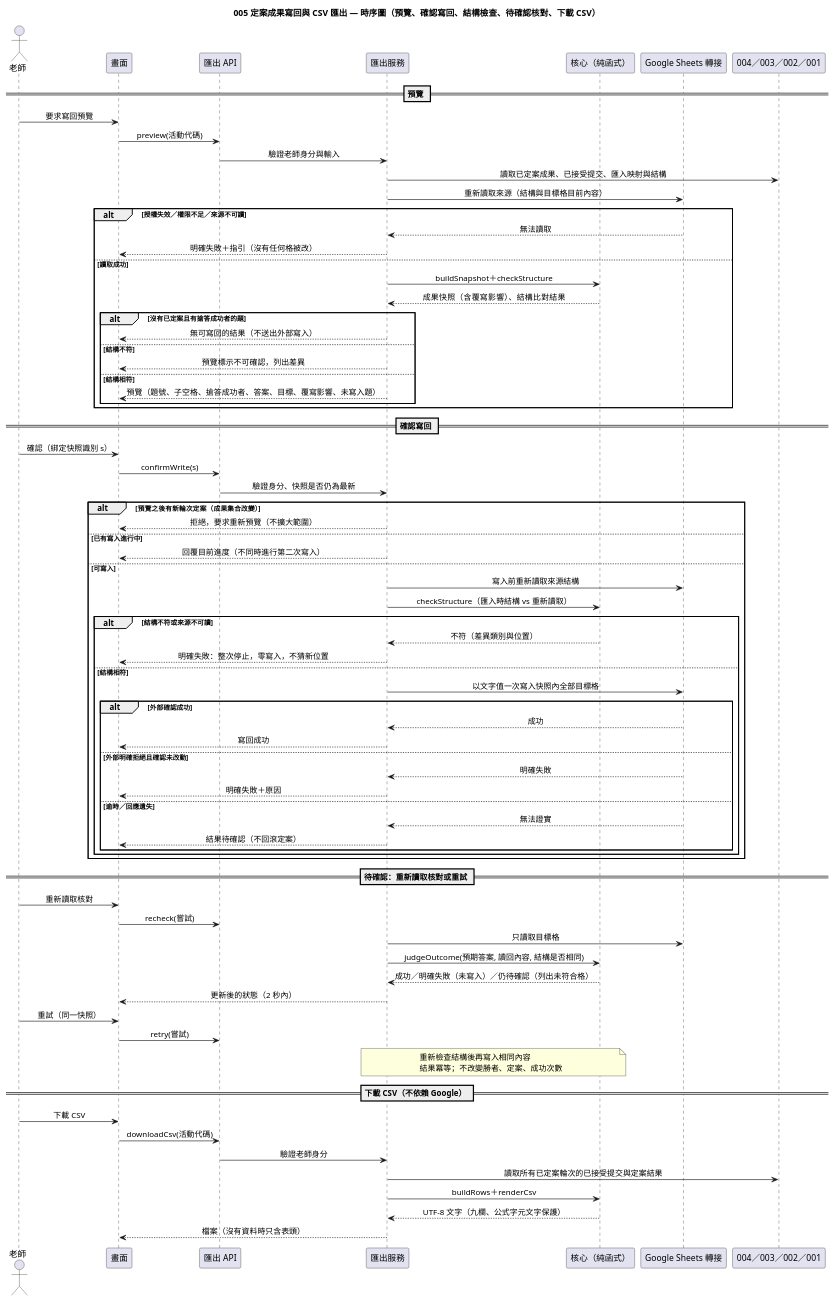
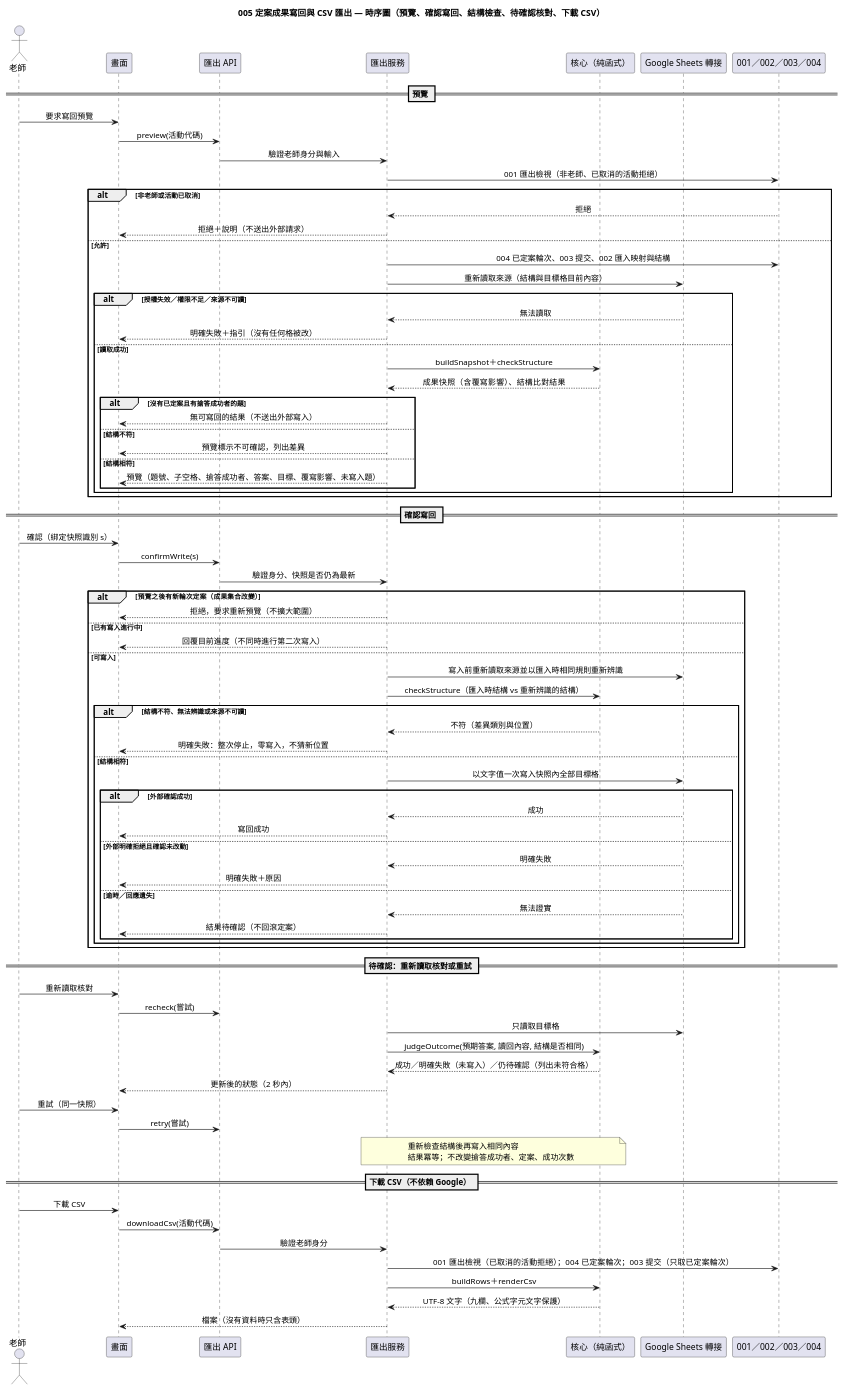
Before and after one commit to EricC430/lecture-answer-first_group16_speckit: the diagram in diagrams/005-result-export-sequence.puml, drawn with PlantUML. The commit also changed 7 other files, not shown here.

First line of the commit message:
docs: 005 spec、圖表與檢查表依 001～004 實作重寫 (#9)

```diff
--- a/diagrams/005-result-export-sequence.puml
+++ b/diagrams/005-result-export-sequence.puml
@@ -1,83 +1,89 @@
 @startuml 005-result-export-sequence
 skinparam defaultFontName "Microsoft JhengHei"
 skinparam sequenceMessageAlign center
 title 005 定案成果寫回與 CSV 匯出 — 時序圖（預覽、確認寫回、結構檢查、待確認核對、下載 CSV）
 
 actor "老師" as T
 participant "畫面" as UI
 participant "匯出 API" as API
 participant "匯出服務" as S
 participant "核心（純函式）" as C
 participant "Google Sheets 轉接" as G
-participant "004／003／002／001" as D
+participant "001／002／003／004" as D
 
 == 預覽 ==
 T -> UI : 要求寫回預覽
 UI -> API : preview(活動代碼)
 API -> S : 驗證老師身分與輸入
-S -> D : 讀取已定案成果、已接受提交、匯入映射與結構
-S -> G : 重新讀取來源（結構與目標格目前內容）
-alt 授權失效／權限不足／來源不可讀
-  G --> S : 無法讀取
-  S --> UI : 明確失敗＋指引（沒有任何格被改）
-else 讀取成功
-  S -> C : buildSnapshot＋checkStructure
-  C --> S : 成果快照（含覆寫影響）、結構比對結果
-  alt 沒有已定案且有搶答成功者的題
-    S --> UI : 無可寫回的結果（不送出外部寫入）
-  else 結構不符
-    S --> UI : 預覽標示不可確認，列出差異
-  else 結構相符
-    S --> UI : 預覽（題號、子空格、搶答成功者、答案、目標、覆寫影響、未寫入題）
+S -> D : 001 匯出檢視（非老師、已取消的活動拒絕）
+alt 非老師或活動已取消
+  D --> S : 拒絕
+  S --> UI : 拒絕＋說明（不送出外部請求）
+else 允許
+  S -> D : 004 已定案輪次、003 提交、002 匯入映射與結構
+  S -> G : 重新讀取來源（結構與目標格目前內容）
+  alt 授權失效／權限不足／來源不可讀
+    G --> S : 無法讀取
+    S --> UI : 明確失敗＋指引（沒有任何格被改）
+  else 讀取成功
+    S -> C : buildSnapshot＋checkStructure
+    C --> S : 成果快照（含覆寫影響）、結構比對結果
+    alt 沒有已定案且有搶答成功者的題
+      S --> UI : 無可寫回的結果（不送出外部寫入）
+    else 結構不符
+      S --> UI : 預覽標示不可確認，列出差異
+    else 結構相符
+      S --> UI : 預覽（題號、子空格、搶答成功者、答案、目標、覆寫影響、未寫入題）
+    end
   end
 end
 
 == 確認寫回 ==
 T -> UI : 確認（綁定快照識別 s）
 UI -> API : confirmWrite(s)
 API -> S : 驗證身分、快照是否仍為最新
 alt 預覽之後有新輪次定案（成果集合改變）
   S --> UI : 拒絕，要求重新預覽（不擴大範圍）
 else 已有寫入進行中
   S --> UI : 回覆目前進度（不同時進行第二次寫入）
 else 可寫入
-  S -> G : 寫入前重新讀取來源結構
-  S -> C : checkStructure（匯入時結構 vs 重新讀取）
-  alt 結構不符或來源不可讀
+  S -> G : 寫入前重新讀取來源並以匯入時相同規則重新辨識
+  S -> C : checkStructure（匯入時結構 vs 重新辨識的結構）
+  alt 結構不符、無法辨識或來源不可讀
     C --> S : 不符（差異類別與位置）
     S --> UI : 明確失敗：整次停止，零寫入，不猜新位置
   else 結構相符
     S -> G : 以文字值一次寫入快照內全部目標格
     alt 外部確認成功
       G --> S : 成功
       S --> UI : 寫回成功
     else 外部明確拒絕且確認未改動
       G --> S : 明確失敗
       S --> UI : 明確失敗＋原因
     else 逾時／回應遺失
       G --> S : 無法證實
       S --> UI : 結果待確認（不回滾定案）
     end
   end
 end
 
 == 待確認：重新讀取核對或重試 ==
 T -> UI : 重新讀取核對
 UI -> API : recheck(嘗試)
 S -> G : 只讀取目標格
 S -> C : judgeOutcome(預期答案, 讀回內容, 結構是否相同)
 C --> S : 成功／明確失敗（未寫入）／仍待確認（列出未符合格）
 S --> UI : 更新後的狀態（2 秒內）
 T -> UI : 重試（同一快照）
 UI -> API : retry(嘗試)
-note over S, C : 重新檢查結構後再寫入相同內容\n結果冪等；不改變勝者、定案、成功次數
+note over S, C : 重新檢查結構後再寫入相同內容\n結果冪等；不改變搶答成功者、定案、成功次數
 
 == 下載 CSV（不依賴 Google） ==
 T -> UI : 下載 CSV
 UI -> API : downloadCsv(活動代碼)
 API -> S : 驗證老師身分
-S -> D : 讀取所有已定案輪次的已接受提交與定案結果
+S -> D : 001 匯出檢視（已取消的活動拒絕）；004 已定案輪次；003 提交（只取已定案輪次）
 S -> C : buildRows＋renderCsv
 C --> S : UTF-8 文字（九欄、公式字元文字保護）
 S --> UI : 檔案（沒有資料時只含表頭）
 @enduml
```
